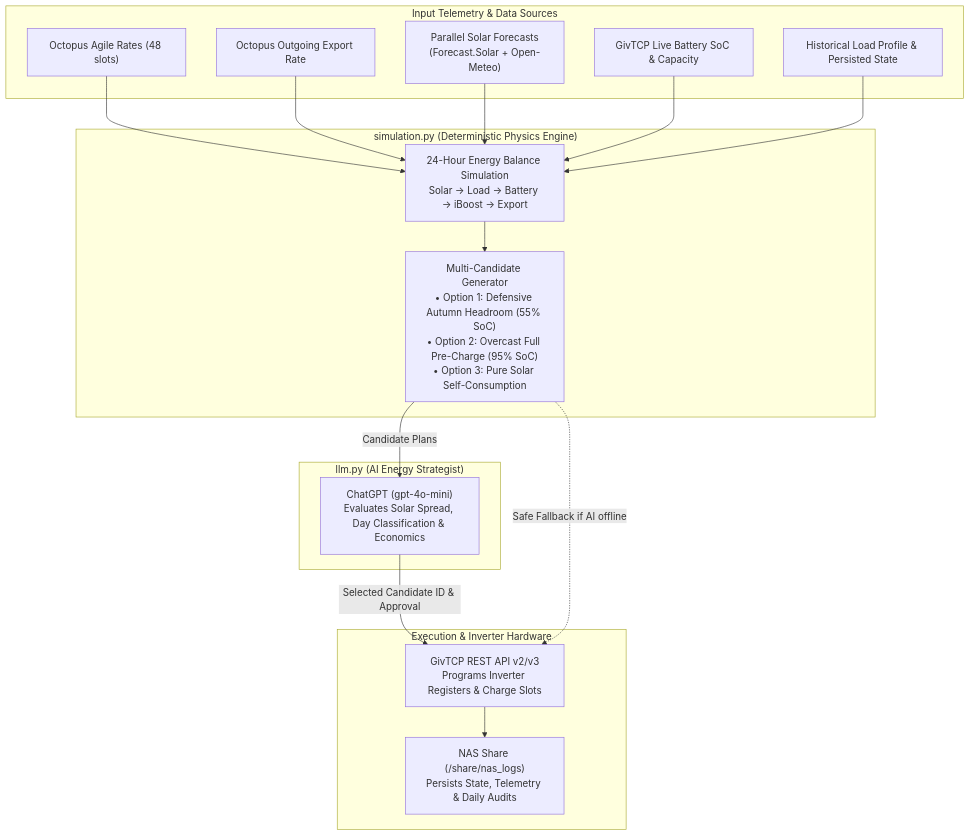
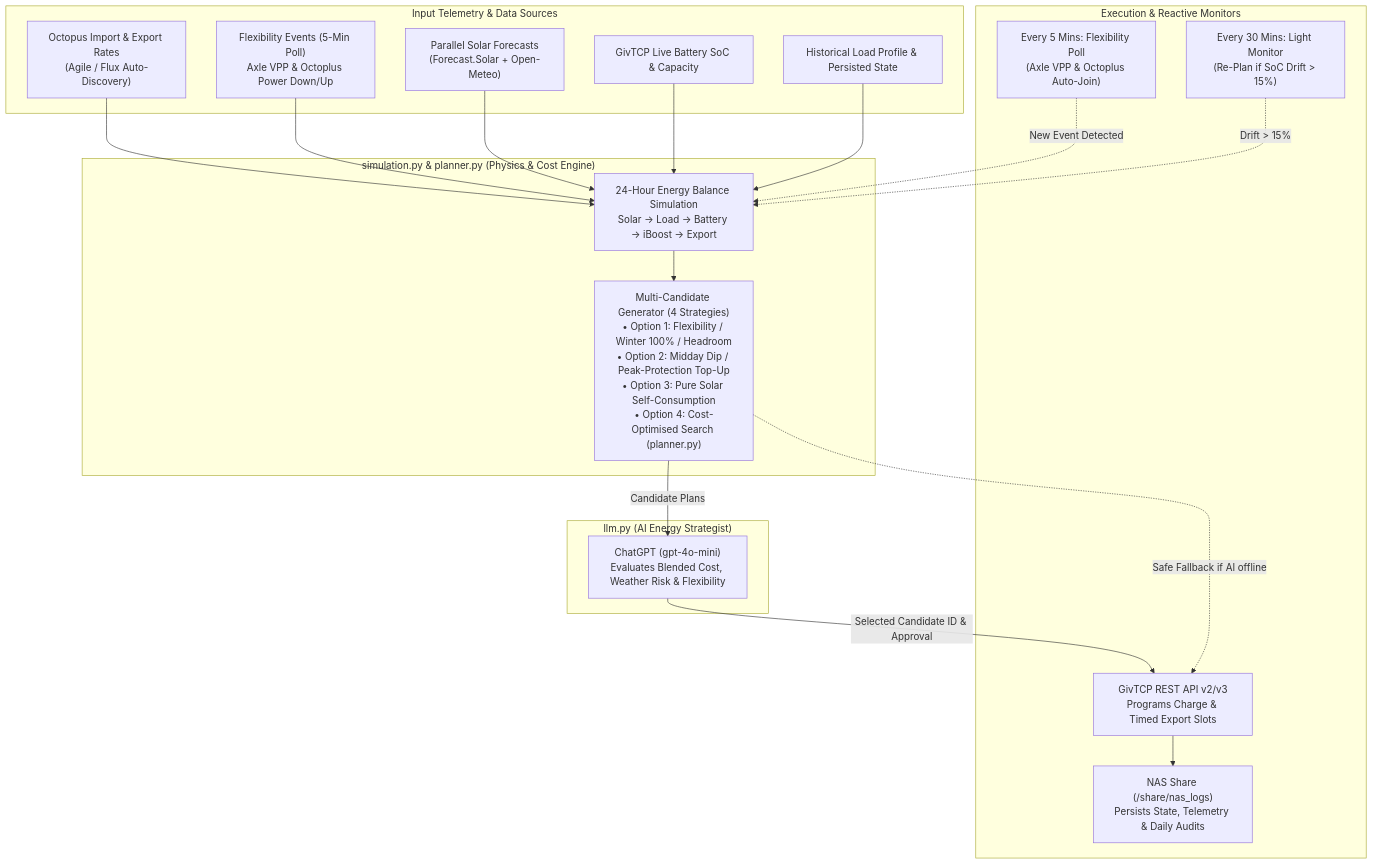
One commit to revhawk/GivEnergy_Tracker changed the first of 4 diagrams in README.md. Above: the diagram before and after it, drawn with Mermaid. The commit also changed other lines of this file and 7 other files, not shown here.

Commit message:
docs(release): bump to v1.0.25.8, update 5m/30m architecture flows, and guard against stale doc versions

````diff
--- a/README.md
+++ b/README.md
@@ -83,31 +85,35 @@
 ```mermaid
 flowchart TD
     subgraph Inputs ["Input Telemetry & Data Sources"]
-        T1["Octopus Agile Rates (48 slots)"]
-        T2["Octopus Outgoing Export Rate"]
+        T1["Octopus Import & Export Rates<br/>(Agile / Flux Auto-Discovery)"]
+        T2["Flexibility Events (5-Min Poll)<br/>Axle VPP & Octoplus Power Down/Up"]
         T3["Parallel Solar Forecasts<br/>(Forecast.Solar + Open-Meteo)"]
         T4["GivTCP Live Battery SoC & Capacity"]
         T5["Historical Load Profile & Persisted State"]
     end
 
-    subgraph Simulation ["simulation.py (Deterministic Physics Engine)"]
+    subgraph Simulation ["simulation.py & planner.py (Physics & Cost Engine)"]
         ENG["24-Hour Energy Balance Simulation<br/>Solar → Load → Battery → iBoost → Export"]
-        GEN["Multi-Candidate Generator<br/>• Option 1: Defensive Autumn Headroom (55% SoC)<br/>• Option 2: Overcast Full Pre-Charge (95% SoC)<br/>• Option 3: Pure Solar Self-Consumption"]
+        GEN["Multi-Candidate Generator (4 Strategies)<br/>• Option 1: Flexibility / Winter 100% / Headroom<br/>• Option 2: Midday Dip / Peak-Protection Top-Up<br/>• Option 3: Pure Solar Self-Consumption<br/>• Option 4: Cost-Optimised Search (planner.py)"]
         ENG --> GEN
     end
 
     subgraph LLMCoPilot ["llm.py (AI Energy Strategist)"]
-        AI["ChatGPT (gpt-4o-mini)<br/>Evaluates Solar Spread, Day Classification & Economics"]
+        AI["ChatGPT (gpt-4o-mini)<br/>Evaluates Blended Cost, Weather Risk & Flexibility"]
     end
 
-    subgraph HardwareExecution ["Execution & Inverter Hardware"]
-        GIV["GivTCP REST API v2/v3<br/>Programs Inverter Registers & Charge Slots"]
+    subgraph HardwareExecution ["Execution & Reactive Monitors"]
+        GIV["GivTCP REST API v2/v3<br/>Programs Charge & Timed Export Slots"]
         NAS["NAS Share (/share/nas_logs)<br/>Persists State, Telemetry & Daily Audits"]
+        LOOP5["Every 5 Mins: Flexibility Poll<br/>(Axle VPP & Octoplus Auto-Join)"]
+        LOOP30["Every 30 Mins: Light Monitor<br/>(Re-Plan if SoC Drift > 15%)"]
     end
 
     T1 & T2 & T3 & T4 & T5 --> ENG
     GEN -->|Candidate Plans| AI
     AI -->|Selected Candidate ID & Approval| GIV
     GEN -.->|Safe Fallback if AI offline| GIV
     GIV --> NAS
+    LOOP5 -.->|New Event Detected| ENG
+    LOOP30 -.->|Drift > 15%| ENG
 ```
````
